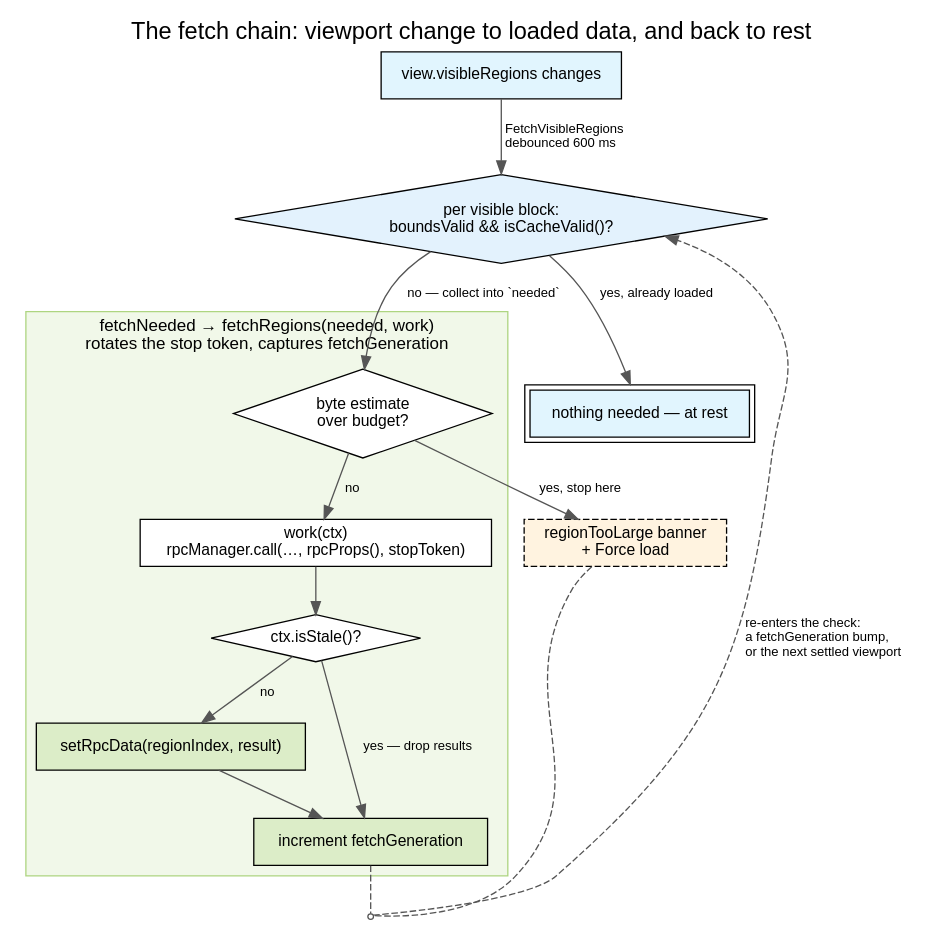
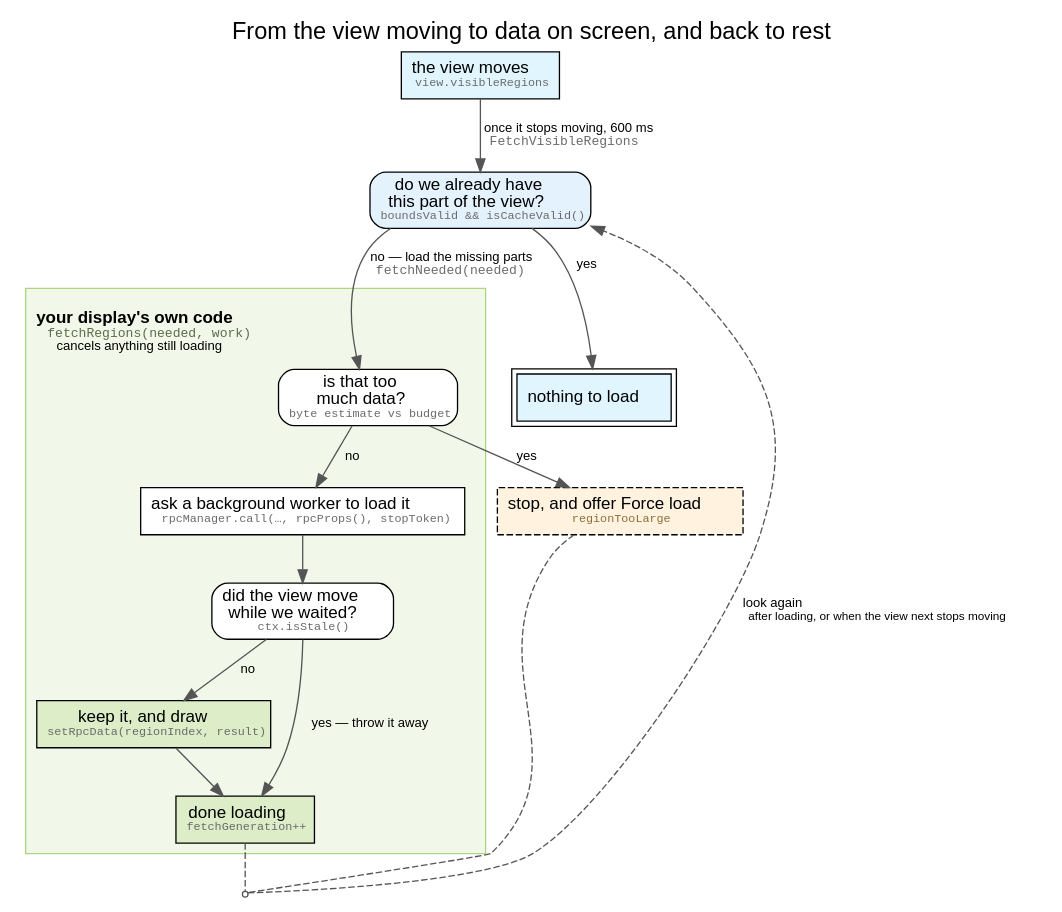
Before and after one commit to GMOD/jbrowse-components: the diagram in website/diagrams/fetch_chain.dot, drawn with Graphviz. The commit also changed 3 other files, not shown here.

First line of the commit message:
docs(fetch_chain): say what each step does in English, with the identifier under it

```diff
--- a/website/diagrams/fetch_chain.dot
+++ b/website/diagrams/fetch_chain.dot
@@ -1,93 +1,142 @@
-// Two nodes and a cluster came out by the same rule: a step whose whole job is
-// to hand off to the next one is an EDGE, not a box.
+// Every box says what happens in ENGLISH, with the identifier under it in small
+// grey monospace. Reading the chain and finding the code are two different
+// tasks, and a label that only names `boundsValid && isCacheValid()` serves the
+// second at the cost of the first — you cannot follow the flow until you have
+// read four function signatures. The English line is what the eye lands on; the
+// identifier is there when the reader goes looking.
 //
-//   collect into `needed`    -> the check's "no" branch label
-//   rotate stop token /      -> the second line of the cluster's own label,
-//     capture fetchGeneration   since it is what entering fetchRegions does
-//   FetchVisibleRegions      -> the edge from the viewport change to the check.
-//                               It was a cluster drawn around that single
-//                               diamond, which is a label with a border.
+// The English is plain rather than merely spelt out, which is a second pass and
+// not the same one: "is this block already covered?" is a sentence made of our
+// vocabulary, and a block, a fetch and a region are all things the reader is
+// here to learn. So it asks whether we already have this PART OF THE VIEW, the
+// worker is a BACKGROUND worker, and fetchGeneration++ is DONE LOADING. Nothing
+// in the top line of a box is a word this page has to define first.
+//
+// That needs HTML-like labels (`label=<…>` rather than `label="…"`), so `&` is
+// `&amp;` inside them, and a malformed one renders as literal angle brackets
+// rather than failing — check the render, not the exit code.
+//
+// The three questions are rounded boxes rather than diamonds. A diamond sized to
+// hold a sentence is about twice as wide as the sentence, and there are three of
+// them; the "?" and the yes/no edges already say it is a branch.
+//
+// Two nodes and a cluster came out by the rule that a step whose whole job is to
+// hand off to the next one is an EDGE, not a box:
+//
+//   collect into `needed`    -> the check's "no" branch, which also carries
+//                               fetchNeeded(needed), the call it makes
+//   rotate stop token /      -> "cancels whatever was still in flight" in the
+//     capture fetchGeneration   cluster's own label, since that is what entering
+//                               fetchRegions does
+//   FetchVisibleRegions      -> the edge from the view moving to the check. It
+//                               was a cluster drawn around that single question,
+//                               which is a label with a border.
 //
 // That leaves ONE cluster, and it now means something a fill colour could not
 // say on its own: everything inside it is the display's to write.
 //
 // `increment fetchGeneration` looks like the same case and is not. Dropping it
 // turns two SOLID in-cluster edges into two more dashed ones leaving the box, so
 // the picture pays a crossing and a label sitting on the cluster border to save
-// one node. Keeping it holds the whole rule "dashed means re-entry" to two
+// one node. Keeping it holds the whole rule "dashed means look again" to two
 // places, both below the chain.
+//
+// The cluster's label is left-justified AND short because the edge into the box
+// enters at the first node's horizontal centre: a label reaching that far right
+// gets struck through by the arrow, which is why fetchNeeded moved to the edge
+// and fetchRegions lost nothing but its length here.
 digraph fetch_chain {
   rankdir=TB
   labelloc=t
   fontname="Helvetica"
   fontsize=18
-  label="The fetch chain: viewport change to loaded data, and back to rest"
+  label="From the view moving to data on screen, and back to rest"
   nodesep=0.35
   ranksep=0.5
 
-  node [shape=box, fontname="Helvetica", fontsize=12, style=filled, fillcolor="#ffffff"]
+  node [shape=box, fontname="Helvetica", fontsize=13, style=filled, fillcolor="#ffffff"]
   edge [fontname="Helvetica", fontsize=10, color="#555555"]
 
-  viewport [label="view.visibleRegions changes", fillcolor="#e1f5fe"]
+  viewport [
+    label=<the view moves<br/><font point-size="9" face="Courier" color="#6b6b6b">view.visibleRegions</font>>
+    fillcolor="#e1f5fe"
+  ]
   check [
-    shape=diamond
-    label="per visible block:\nboundsValid && isCacheValid()?"
+    shape=box, style="filled,rounded"
+    label=<do we already have<br/>this part of the view?<br/><font point-size="9" face="Courier" color="#6b6b6b">boundsValid &amp;&amp; isCacheValid()</font>>
     fillcolor="#e3f2fd"
   ]
 
   // ── What the display owns ────────────────────────────────────────
   subgraph cluster_fetch {
-    label="fetchNeeded → fetchRegions(needed, work)\nrotates the stop token, captures fetchGeneration"
+    label=<<br/><b>your display's own code</b><br/><font point-size="10" face="Courier" color="#5b6b4b">fetchRegions(needed, work)</font><br/><font point-size="10">cancels anything still loading</font><br/>>
     labelloc=t
+    labeljust=l
     fontname="Helvetica"
     fontsize=13
     style=filled
     fillcolor="#f1f8e9"
     color="#aed581"
 
-    bytes [shape=diamond, label="byte estimate\nover budget?", fillcolor="#ffffff"]
-    work [label="work(ctx)\nrpcManager.call(…, rpcProps(), stopToken)"]
-    stale [shape=diamond, label="ctx.isStale()?", fillcolor="#ffffff"]
-    commit [label="setRpcData(regionIndex, result)", fillcolor="#dcedc8"]
-    bump [label="increment fetchGeneration", fillcolor="#dcedc8"]
+    bytes [
+      shape=box, style="filled,rounded"
+      label=<is that too<br/>much data?<br/><font point-size="9" face="Courier" color="#6b6b6b">byte estimate vs budget</font>>
+      fillcolor="#ffffff"
+    ]
+    work [
+      label=<ask a background worker to load it<br/><font point-size="9" face="Courier" color="#6b6b6b">rpcManager.call(…, rpcProps(), stopToken)</font>>
+    ]
+    stale [
+      shape=box, style="filled,rounded"
+      label=<did the view move<br/>while we waited?<br/><font point-size="9" face="Courier" color="#6b6b6b">ctx.isStale()</font>>
+      fillcolor="#ffffff"
+    ]
+    commit [
+      label=<keep it, and draw<br/><font point-size="9" face="Courier" color="#6b6b6b">setRpcData(regionIndex, result)</font>>
+      fillcolor="#dcedc8"
+    ]
+    bump [
+      label=<done loading<br/><font point-size="9" face="Courier" color="#6b6b6b">fetchGeneration++</font>>
+      fillcolor="#dcedc8"
+    ]
   }
 
   toolarge [
-    label="regionTooLarge banner\n+ Force load"
+    label=<stop, and offer Force load<br/><font point-size="9" face="Courier" color="#8a6d3b">regionTooLarge</font>>
     style="filled,dashed"
     fillcolor="#fff3e0"
   ]
-  done [label="nothing needed — at rest", peripheries=2, fillcolor="#e1f5fe"]
+  done [label=<nothing to load>, peripheries=2, fillcolor="#e1f5fe"]
 
-  viewport -> check [label="  FetchVisibleRegions\l  debounced 600 ms\l"]
-  check -> done [label="  yes, already loaded"]
-  check -> bytes [label="  no — collect into `needed`"]
-  bytes -> toolarge [label="  yes, stop here"]
+  viewport -> check [label=<  once it stops moving, 600 ms<br align="left"/>  <font face="Courier" color="#6b6b6b">FetchVisibleRegions</font><br align="left"/>>]
+  check -> done [label="  yes"]
+  check -> bytes [label=<  no — load the missing parts<br align="left"/>  <font face="Courier" color="#6b6b6b">fetchNeeded(needed)</font><br align="left"/>>]
+  bytes -> toolarge [label="  yes"]
   bytes -> work [label="  no"]
   work -> stale
   stale -> commit [label="  no"]
-  stale -> bump [label="  yes — drop results"]
+  stale -> bump [label="  yes — throw it away"]
   commit -> bump
 
   // Both loose ends re-enter the same debounced check, so they meet at a
   // junction and travel back as ONE edge. Drawn as two they were two long dashed
   // sweeps up the whole right side, which is most of what a reader sees before
   // they see the chain — and both said the same thing anyway. What differs is
   // only what re-fires the autorun, which the edge's own label now names.
   reenter [shape=point, width=0.06, color="#555555"]
   // The junction's rank comes from this one edge keeping its constraint, which
   // puts it just below the last node of the chain. `{ rank=same; bump; reenter }`
   // is the obvious alternative and is wrong: a rankset EJECTS its members from
   // their cluster ("bump was already in a rankset, deleted from cluster"), which
-  // drops `increment fetchGeneration` out of the green box it belongs to.
+  // drops that node out of the green box it belongs to.
   bump -> reenter [style=dashed, arrowhead=none]
   // The other two are constraint=false: they close the loop but must not pull
   // their targets back up a rank, which is what left the entry node stranded
   // mid-graph and crossed every edge around it.
   toolarge -> reenter [style=dashed, constraint=false, arrowhead=none]
   reenter -> check [
-    label="  re-enters the check:\l  a fetchGeneration bump,\l  or the next settled viewport\l"
+    label=<  look again<br align="left"/>  <font point-size="9">after loading, or when the view next stops moving</font><br align="left"/>>
     style=dashed
     constraint=false
   ]
 }
```
